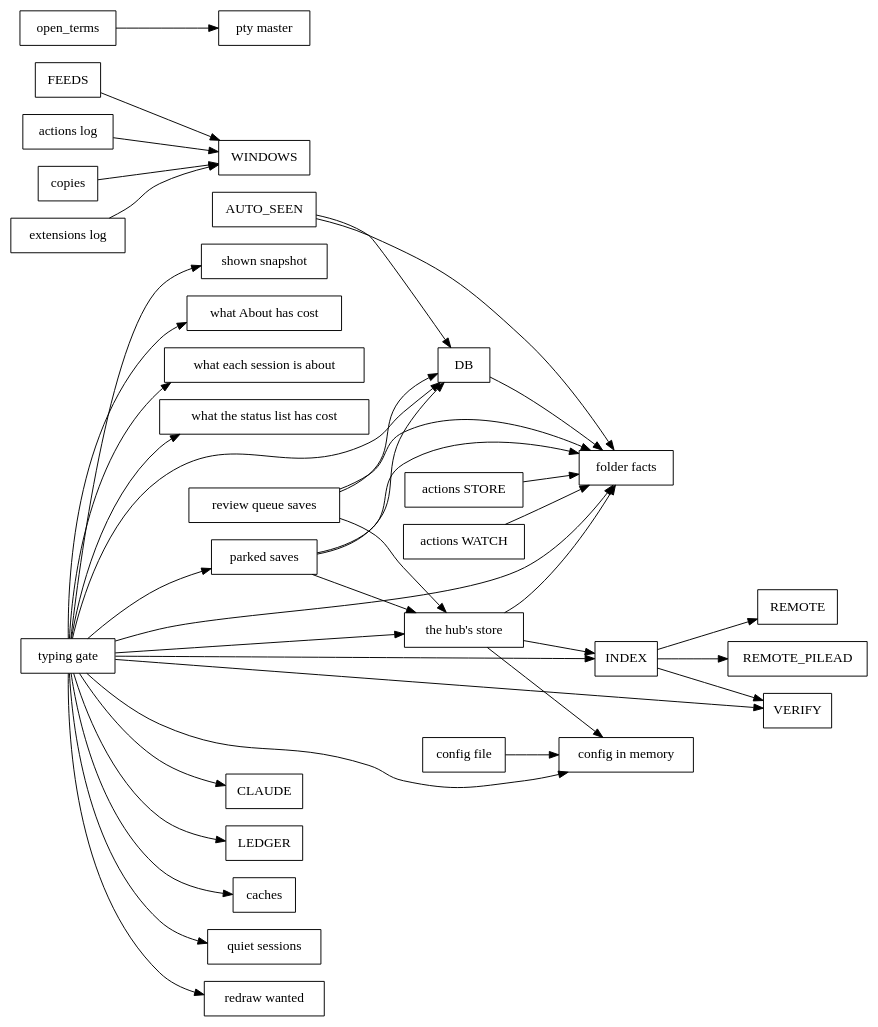
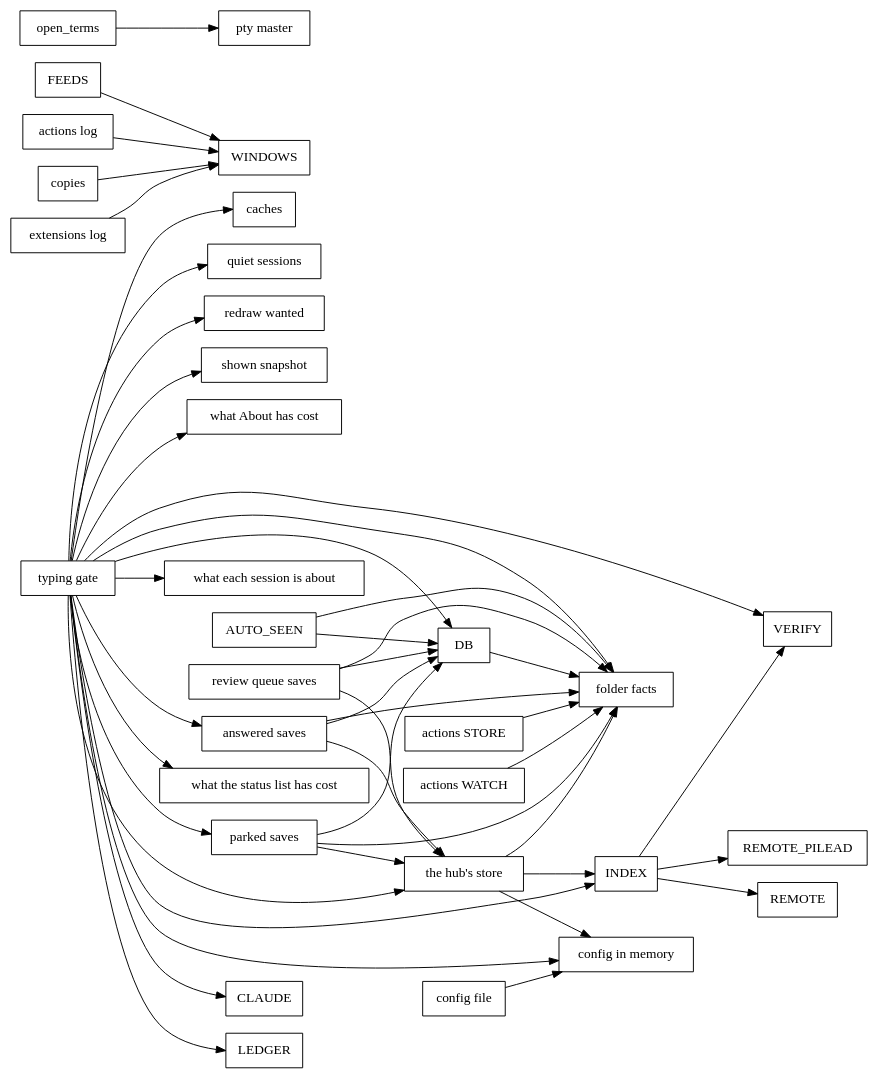
The diagram in docs/dev/lock-graph.dot (spacegrowth/cue), drawn with Graphviz before and after one commit. The commit also changed 9 other files, not shown here.

```diff
--- a/docs/dev/lock-graph.dot
+++ b/docs/dev/lock-graph.dot
@@ -1,44 +1,48 @@
 // Generated by `cargo run -p xtask -- inventory`; don't edit by hand.
 digraph locks {
   rankdir=LR;
   node [shape=box];
   "AUTO_SEEN" -> "DB";
   "AUTO_SEEN" -> "folder facts";
   "DB" -> "folder facts";
   "FEEDS" -> "WINDOWS";
   "INDEX" -> "REMOTE";
   "INDEX" -> "REMOTE_PILEAD";
   "INDEX" -> "VERIFY";
   "actions STORE" -> "folder facts";
   "actions WATCH" -> "folder facts";
   "actions log" -> "WINDOWS";
+  "answered saves" -> "DB";
+  "answered saves" -> "folder facts";
+  "answered saves" -> "the hub's store";
   "config file" -> "config in memory";
   "copies" -> "WINDOWS";
   "extensions log" -> "WINDOWS";
   "open_terms" -> "pty master";
   "parked saves" -> "DB";
   "parked saves" -> "folder facts";
   "parked saves" -> "the hub's store";
   "review queue saves" -> "DB";
   "review queue saves" -> "folder facts";
   "review queue saves" -> "the hub's store";
   "the hub's store" -> "INDEX";
   "the hub's store" -> "config in memory";
   "the hub's store" -> "folder facts";
   "typing gate" -> "CLAUDE";
   "typing gate" -> "DB";
   "typing gate" -> "INDEX";
   "typing gate" -> "LEDGER";
   "typing gate" -> "VERIFY";
+  "typing gate" -> "answered saves";
   "typing gate" -> "caches";
   "typing gate" -> "config in memory";
   "typing gate" -> "folder facts";
   "typing gate" -> "parked saves";
   "typing gate" -> "quiet sessions";
   "typing gate" -> "redraw wanted";
   "typing gate" -> "shown snapshot";
   "typing gate" -> "the hub's store";
   "typing gate" -> "what About has cost";
   "typing gate" -> "what each session is about";
   "typing gate" -> "what the status list has cost";
 }
```
